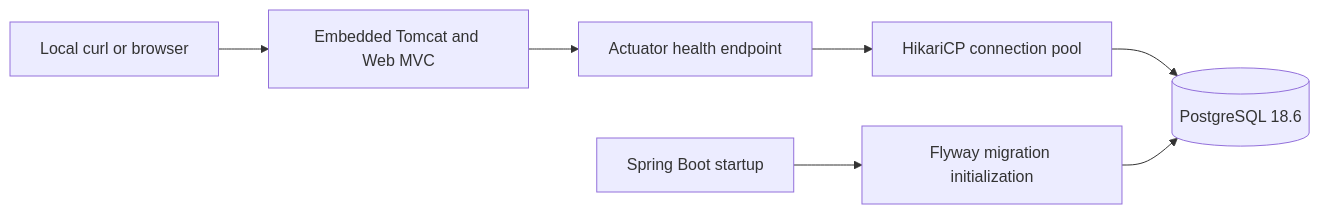
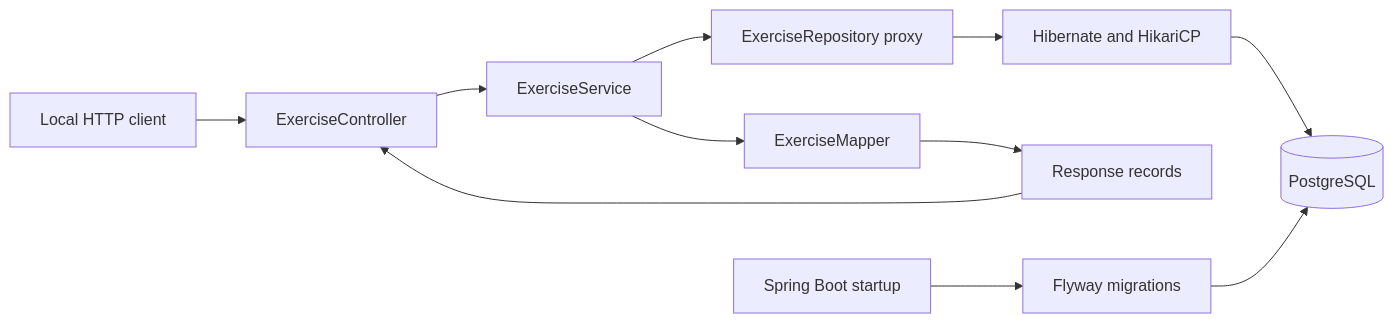
One commit to roopegarcia/puntti-urpo changed the first of 2 diagrams in docs/ARCHITECTURE.md. Above: the diagram before and after it, drawn with Mermaid. The commit also changed other lines of this file and 57 other files, not shown here.

````diff
--- a/docs/ARCHITECTURE.md
+++ b/docs/ARCHITECTURE.md
@@ -7,9 +7,13 @@
 ```mermaid
 flowchart LR
-    Client[Local curl or browser] --> Tomcat[Embedded Tomcat and Web MVC]
-    Tomcat --> Health[Actuator health endpoint]
-    Health --> Pool[HikariCP connection pool]
-    Pool --> DB[(PostgreSQL 18.6)]
-    Startup[Spring Boot startup] --> Flyway[Flyway migration initialization]
-    Flyway --> DB
+    Client[Local HTTP client] --> Controller[ExerciseController]
+    Controller --> Service[ExerciseService]
+    Service --> Repository[ExerciseRepository proxy]
+    Repository --> Hibernate[Hibernate and HikariCP]
+    Hibernate --> Database[(PostgreSQL)]
+    Service --> Mapper[ExerciseMapper]
+    Mapper --> DTO[Response records]
+    DTO --> Controller
+    Startup[Spring Boot startup] --> Flyway[Flyway migrations]
+    Flyway --> Database
 ```
````
